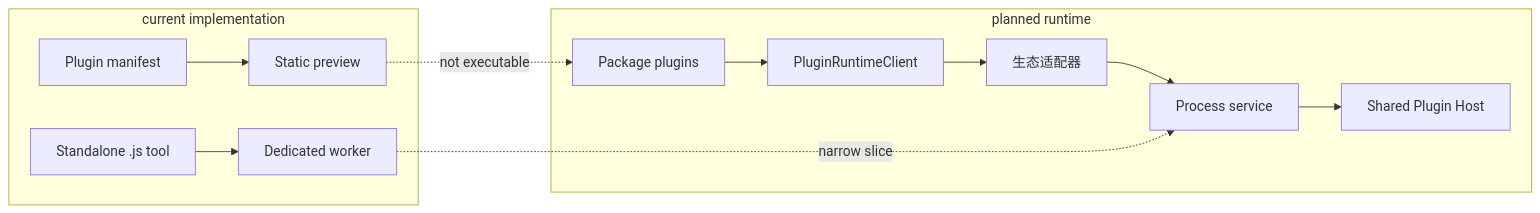
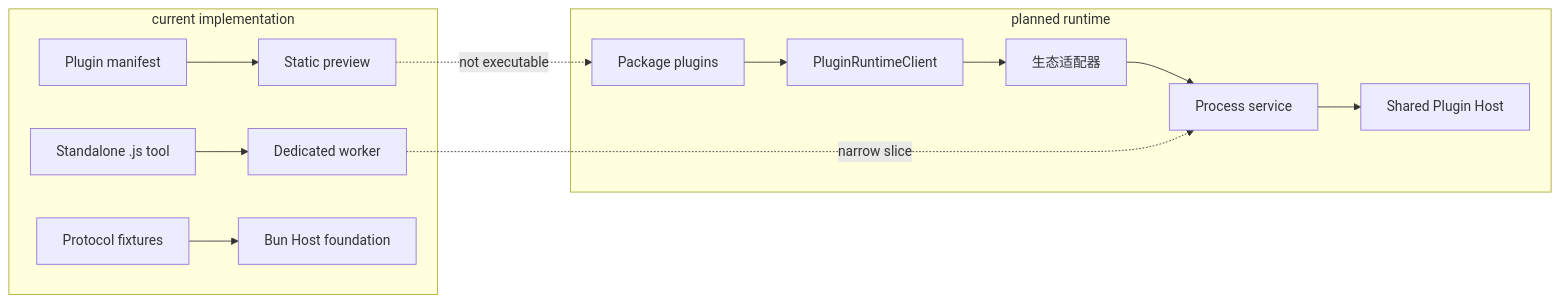
Diagram 13 of 13 in docs/architecture/extensions/plugin-runtime-design.md (1688mengdie/BitFun), drawn with Mermaid before and after one commit. The commit also changed other lines of this file and 11 other files, not shown here.

````diff
--- a/docs/architecture/extensions/plugin-runtime-design.md
+++ b/docs/architecture/extensions/plugin-runtime-design.md
@@ -254,17 +255,18 @@
 ```mermaid
 flowchart LR
   subgraph Current["current implementation"]
     Manifest["Plugin manifest"] --> Static["Static preview"]
     Script["Standalone .js tool"] --> Worker["Dedicated worker"]
+    Fixture["Protocol fixtures"] --> Foundation["Bun Host foundation"]
   end
 
   subgraph Planned["planned runtime"]
     Package["Package plugins"] --> Client["PluginRuntimeClient"]
     Client --> Adapter["生态适配器"]
     Adapter --> Service["Process service"]
     Service --> Shared["Shared Plugin Host"]
   end
 
   Static -. "not executable" .-> Package
   Worker -. "narrow slice" .-> Service
 ```
````
